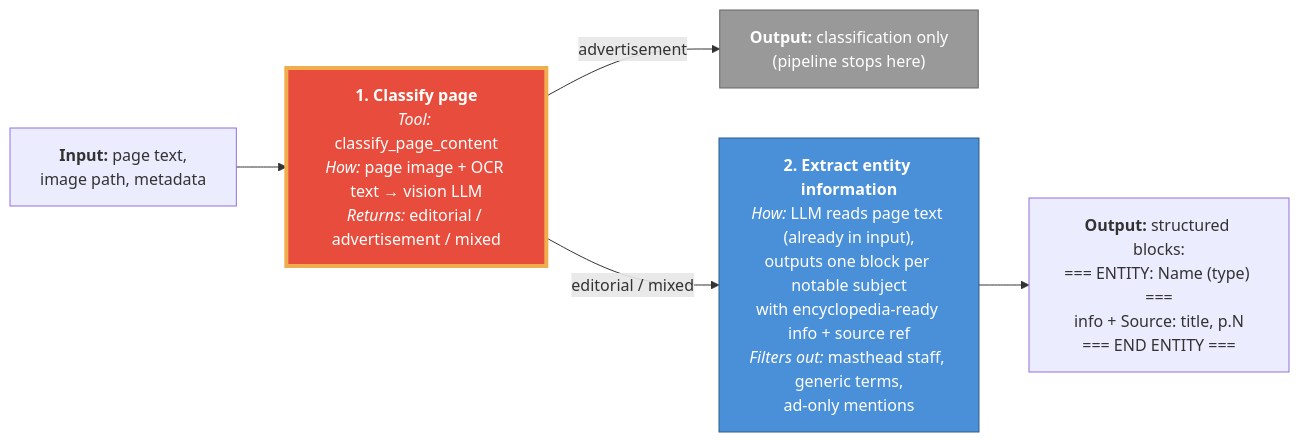
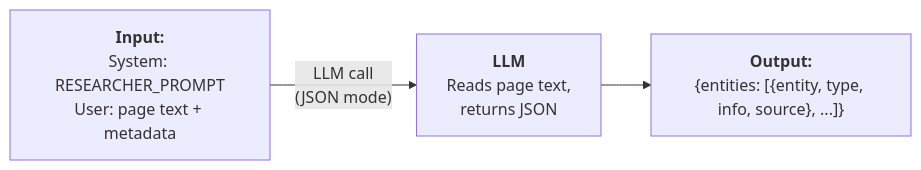
The second of 3 diagrams in docs/swarm-flow.md (alastairrushworth/docswarm), drawn with Mermaid before and after one commit. The commit also changed other lines of this file and 5 other files, not shown here.

````diff
--- a/docs/swarm-flow.md
+++ b/docs/swarm-flow.md
@@ -66,26 +49,10 @@
 ```mermaid
 flowchart LR
-    IN["<b>Input:</b> page text,<br/>image path, metadata"]
+    IN["<b>Input:</b><br/>System: RESEARCHER_PROMPT<br/>User: page text + metadata"]
 
-    IN --> S1
+    IN -->|"LLM call<br/>(JSON mode)"| LLM["<b>LLM</b><br/>Reads page text,<br/>returns JSON"]
 
-    S1["<b>1. Classify page</b><br/><i>Tool:</i> classify_page_content<br/><i>How:</i> page image + OCR text &rarr; vision LLM<br/><i>Returns:</i> editorial / advertisement / mixed"]
+    LLM --> OUT
 
-    S1 -->|"advertisement"| OUT_AD["<b>Output:</b> classification only<br/>(pipeline stops here)"]
-    S1 -->|"editorial / mixed"| S2
-
-    S2["<b>2. Extract entity information</b><br/><i>How:</i> LLM reads page text (already in input),<br/>outputs one block per notable subject<br/>with encyclopedia-ready info + source ref<br/><i>Filters out:</i> masthead staff, generic terms,<br/>ad-only mentions"]
-
-    S2 --> OUT
-
-    OUT["<b>Output:</b> structured blocks:<br/>=== ENTITY: Name (type) ===<br/>info + Source: title, p.N<br/>=== END ENTITY ==="]
-
-    %% Styling
-    classDef srcMixed fill:#e74c3c,stroke:#f0ad4e,color:#fff,stroke-width:4px
-    classDef srcLlm fill:#4a90d9,stroke:#2c5f8a,color:#fff
-    classDef srcStop fill:#999,stroke:#666,color:#fff
-
-    class S1 srcMixed
-    class S2 srcLlm
-    class OUT_AD srcStop
+    OUT["<b>Output:</b><br/>{entities: [{entity, type, info, source}, ...]}"]
 ```
````
